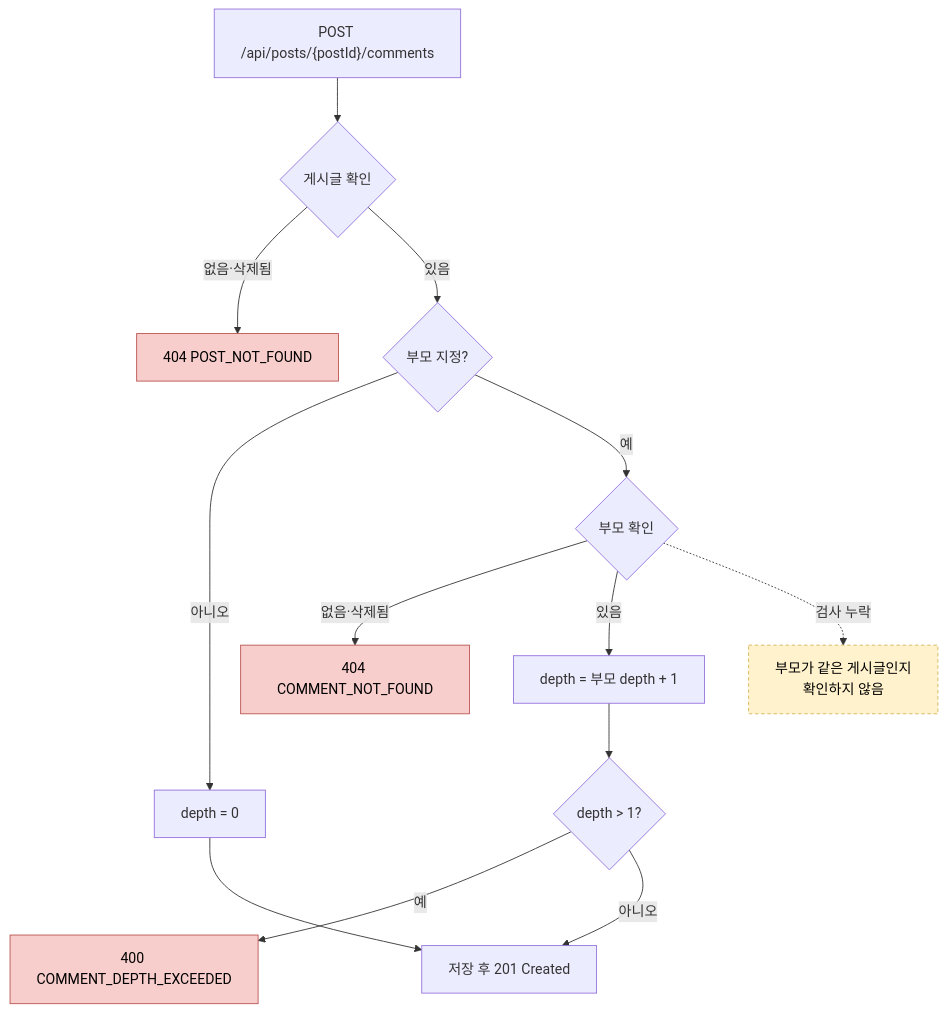
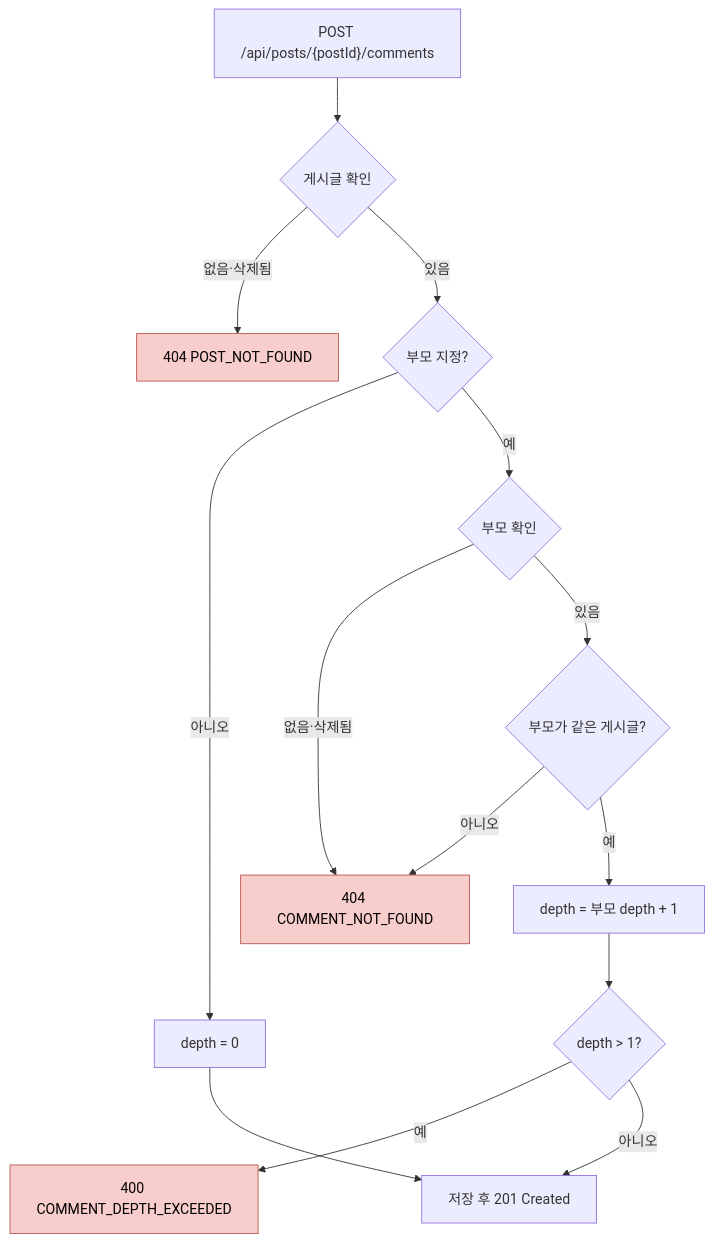
One commit to HseongH/bbs changed the diagram in docs/features/comment/sds.md. Above: the diagram before and after it, drawn with Mermaid. The commit also changed other lines of this file and 8 other files, not shown here.

````diff
--- a/docs/features/comment/sds.md
+++ b/docs/features/comment/sds.md
@@ -93,19 +97,18 @@
 ```mermaid
 flowchart TD
     A["POST /api/posts/{postId}/comments"] --> B{"게시글 확인"}
     B -- "없음·삭제됨" --> E1["404 POST_NOT_FOUND"]
     B -- "있음" --> C{"부모 지정?"}
     C -- "아니오" --> D0["depth = 0"]
     C -- "예" --> F{"부모 확인"}
     F -- "없음·삭제됨" --> E2["404 COMMENT_NOT_FOUND"]
-    F -- "있음" --> G["depth = 부모 depth + 1"]
+    F -- "있음" --> P{"부모가 같은 게시글?"}
+    P -- "아니오" --> E2
+    P -- "예" --> G["depth = 부모 depth + 1"]
     G --> H{"depth > 1?"}
     H -- "예" --> E3["400 COMMENT_DEPTH_EXCEEDED"]
     H -- "아니오" --> S["저장 후 201 Created"]
     D0 --> S
-    F -. "검사 누락" .-> X["부모가 같은 게시글인지<br/>확인하지 않음"]
     classDef error fill:#f8cecc,stroke:#b85450,color:#000
-    classDef gap fill:#fff2cc,stroke:#d6b656,color:#000,stroke-dasharray:4 3
     class E1,E2,E3 error
-    class X gap
 ```
````
